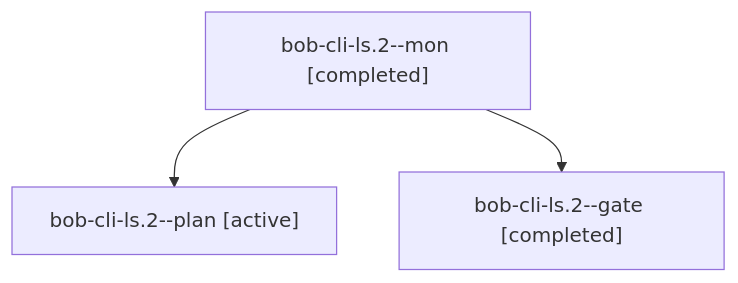
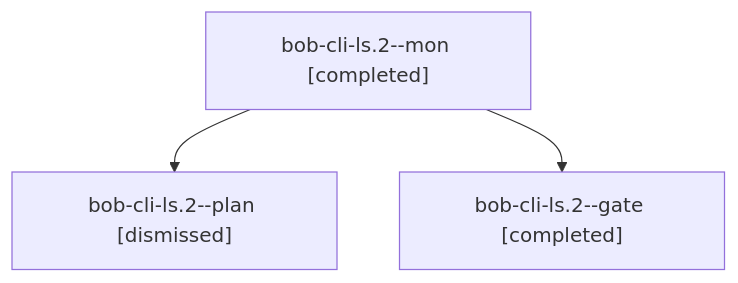
The diagram in sessions/bbugyi200.athena.bob-cli-ls.2.md (bobs-org/bob-cli--agents), drawn with Mermaid before and after one commit. The commit also changed other lines of this file and 102 other files, not shown here.

````diff
--- a/sessions/bbugyi200.athena.bob-cli-ls.2.md
+++ b/sessions/bbugyi200.athena.bob-cli-ls.2.md
@@ -9,8 +9,8 @@
 ```mermaid
 flowchart TD
   n0["bob-cli-ls.2--mon [completed]"]
-  n1["bob-cli-ls.2--plan [active]"]
+  n1["bob-cli-ls.2--plan [dismissed]"]
   n0 --> n1
   n2["bob-cli-ls.2--gate [completed]"]
   n0 --> n2
 ```
````
